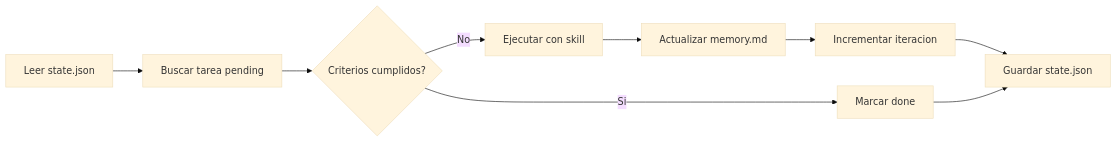
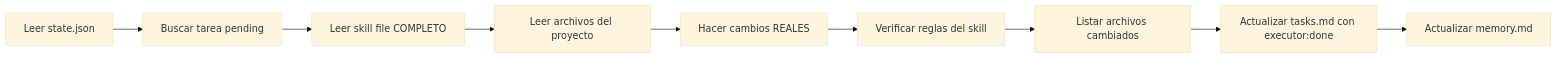
One commit to cagr1/ai-orchestrator-base changed the diagram in agents/executor.md. Above: the diagram before and after it, drawn with Mermaid (base theme). The commit also changed other lines of this file and 11 other files, not shown here.

````diff
--- a/agents/executor.md
+++ b/agents/executor.md
@@ -60,11 +89,11 @@
 ```mermaid
 graph LR
     A[Leer state.json] --> B[Buscar tarea pending]
-    B --> C{Criterios cumplidos?}
-    C -->|No| D[Ejecutar con skill]
-    C -->|Si| E[Marcar done]
-    D --> F[Actualizar memory.md]
-    F --> G[Incrementar iteracion]
-    G --> H[Guardar state.json]
-    E --> H
+    B --> C[Leer skill file COMPLETO]
+    C --> D[Leer archivos del proyecto]
+    D --> E[Hacer cambios REALES]
+    E --> F[Verificar reglas del skill]
+    F --> G[Listar archivos cambiados]
+    G --> H[Actualizar tasks.md con executor:done]
+    H --> I[Actualizar memory.md]
 ```
````
